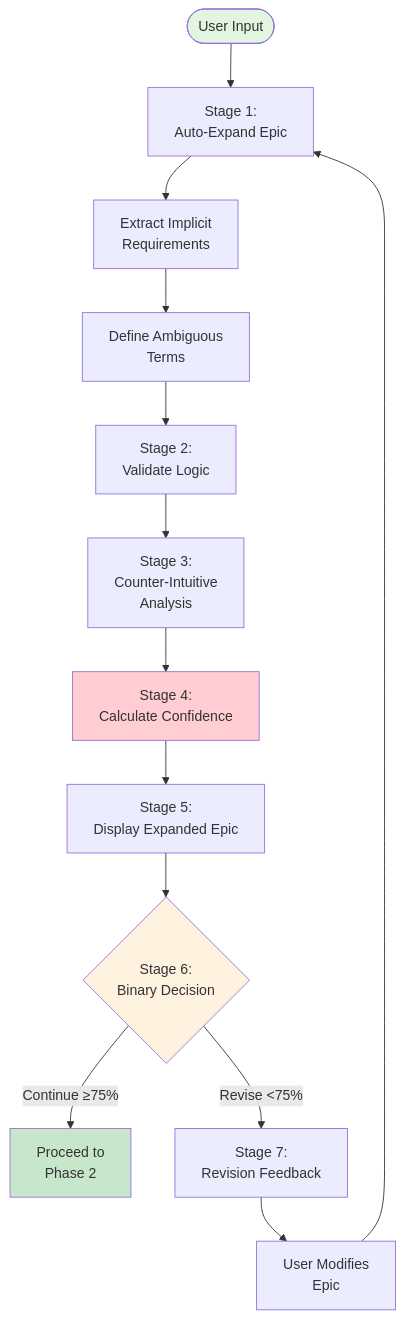
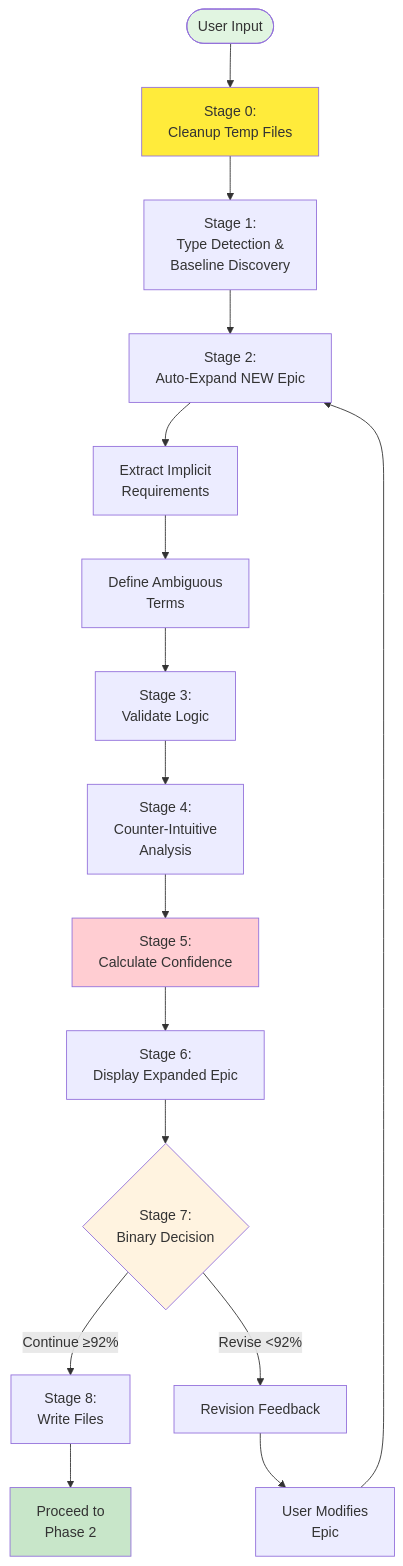
One commit to whichguy/claude-craft changed the second of 3 diagrams in prompts/ideal-sti-v3.md. Above: the diagram before and after it, drawn with Mermaid. The commit also changed other lines of this file and 15 other files, not shown here.

````diff
--- a/prompts/ideal-sti-v3.md
+++ b/prompts/ideal-sti-v3.md
@@ -234,20 +238,24 @@
 ```mermaid
 graph TD
-    Start([User Input]) --> AutoExpand[Stage 1:<br/>Auto-Expand Epic]
+    Start([User Input]) --> Cleanup[Stage 0:<br/>Cleanup Temp Files]
+    Cleanup --> Detect[Stage 1:<br/>Type Detection &<br/>Baseline Discovery]
+    Detect --> AutoExpand[Stage 2:<br/>Auto-Expand NEW Epic]
     AutoExpand --> Extract[Extract Implicit<br/>Requirements]
     Extract --> Define[Define Ambiguous<br/>Terms]
-    Define --> Validate[Stage 2:<br/>Validate Logic]
-    Validate --> Counter[Stage 3:<br/>Counter-Intuitive<br/>Analysis]
-    Counter --> Calculate[Stage 4:<br/>Calculate Confidence]
-    Calculate --> Display[Stage 5:<br/>Display Expanded Epic]
-    Display --> Decision{Stage 6:<br/>Binary Decision}
-    Decision -->|Continue ≥75%| Phase2[Proceed to<br/>Phase 2]
-    Decision -->|Revise <75%| Feedback[Stage 7:<br/>Revision Feedback]
+    Define --> Validate[Stage 3:<br/>Validate Logic]
+    Validate --> Counter[Stage 4:<br/>Counter-Intuitive<br/>Analysis]
+    Counter --> Calculate[Stage 5:<br/>Calculate Confidence]
+    Calculate --> Display[Stage 6:<br/>Display Expanded Epic]
+    Display --> Decision{Stage 7:<br/>Binary Decision}
+    Decision -->|Continue ≥92%| Finalize[Stage 8:<br/>Write Files]
+    Finalize --> Phase2[Proceed to<br/>Phase 2]
+    Decision -->|Revise <92%| Feedback[Revision Feedback]
     Feedback --> UserEdit[User Modifies<br/>Epic]
     UserEdit --> AutoExpand
 
     style Start fill:#e1f5e1
     style Phase2 fill:#c8e6c9
     style Decision fill:#fff3e0
     style Calculate fill:#ffcdd2
+    style Cleanup fill:#ffeb3b
 ```
````
